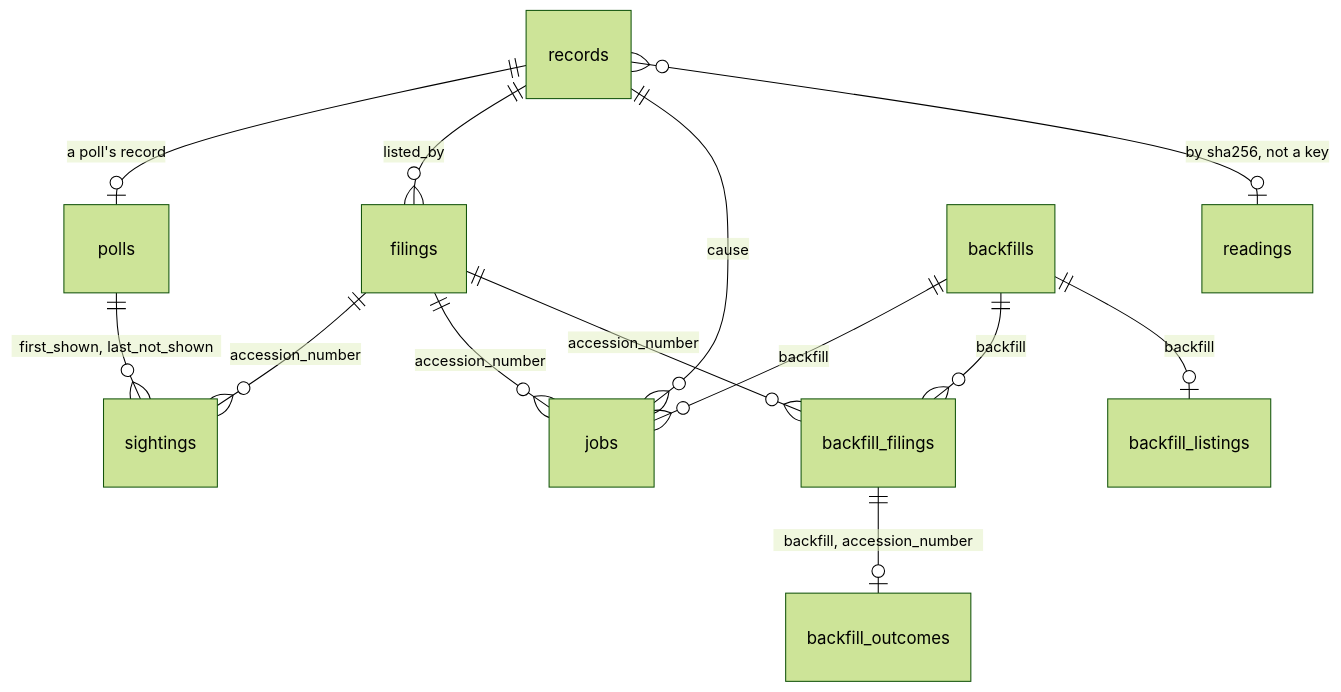
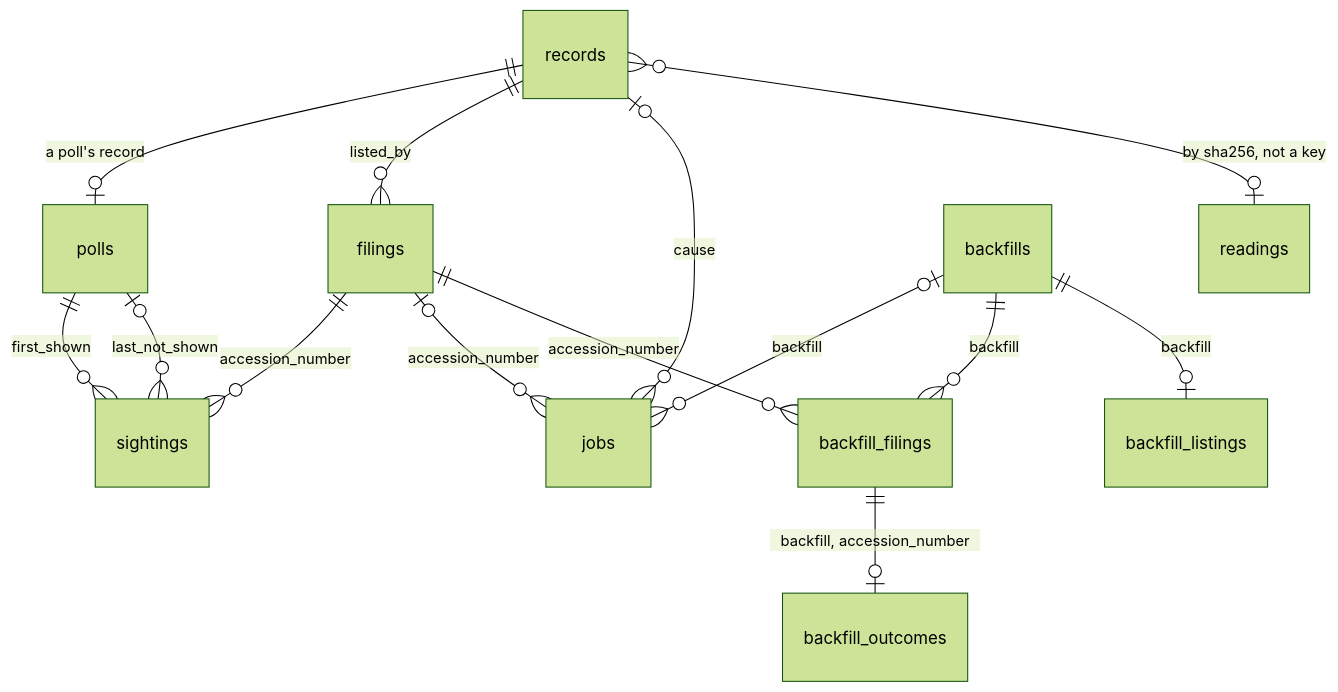
The first of 2 diagrams in docs/explanation/postgresql.md (nslaughter/edgar-data-pipeline), drawn with Mermaid (forest theme) before and after one commit. The commit also changed other lines of this file and 17 other files, not shown here.

````diff
--- a/docs/explanation/postgresql.md
+++ b/docs/explanation/postgresql.md
@@ -143,15 +143,16 @@
 ```mermaid
 erDiagram
   records ||--o| polls : "a poll's record"
   records ||--o{ filings : "listed_by"
-  records ||--o{ jobs : "cause"
+  records |o--o{ jobs : "cause"
   records }o--o| readings : "by sha256, not a key"
-  polls ||--o{ sightings : "first_shown, last_not_shown"
+  polls ||--o{ sightings : "first_shown"
+  polls |o--o{ sightings : "last_not_shown"
   filings ||--o{ sightings : "accession_number"
-  filings ||--o{ jobs : "accession_number"
-  backfills ||--o{ jobs : "backfill"
+  filings |o--o{ jobs : "accession_number"
+  backfills |o--o{ jobs : "backfill"
   backfills ||--o{ backfill_filings : "backfill"
   filings ||--o{ backfill_filings : "accession_number"
   backfills ||--o| backfill_listings : "backfill"
   backfill_filings ||--o| backfill_outcomes : "backfill, accession_number"
 ```
````
